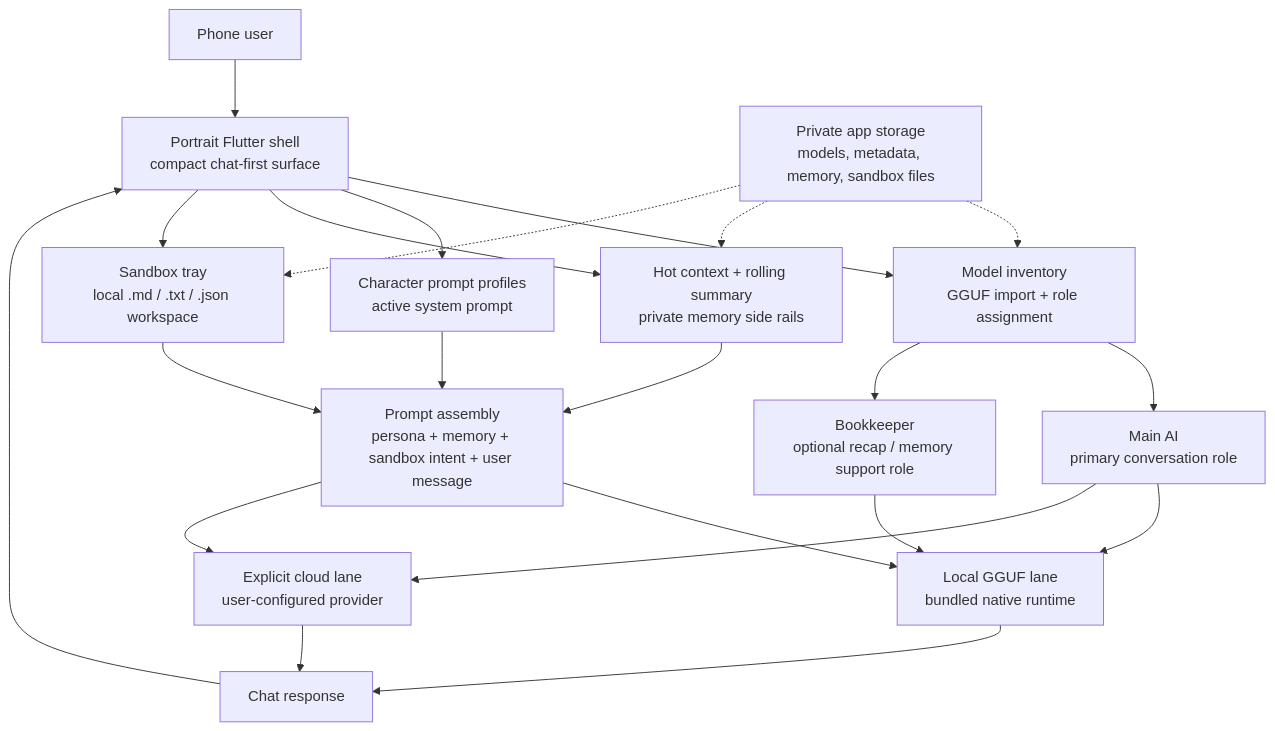
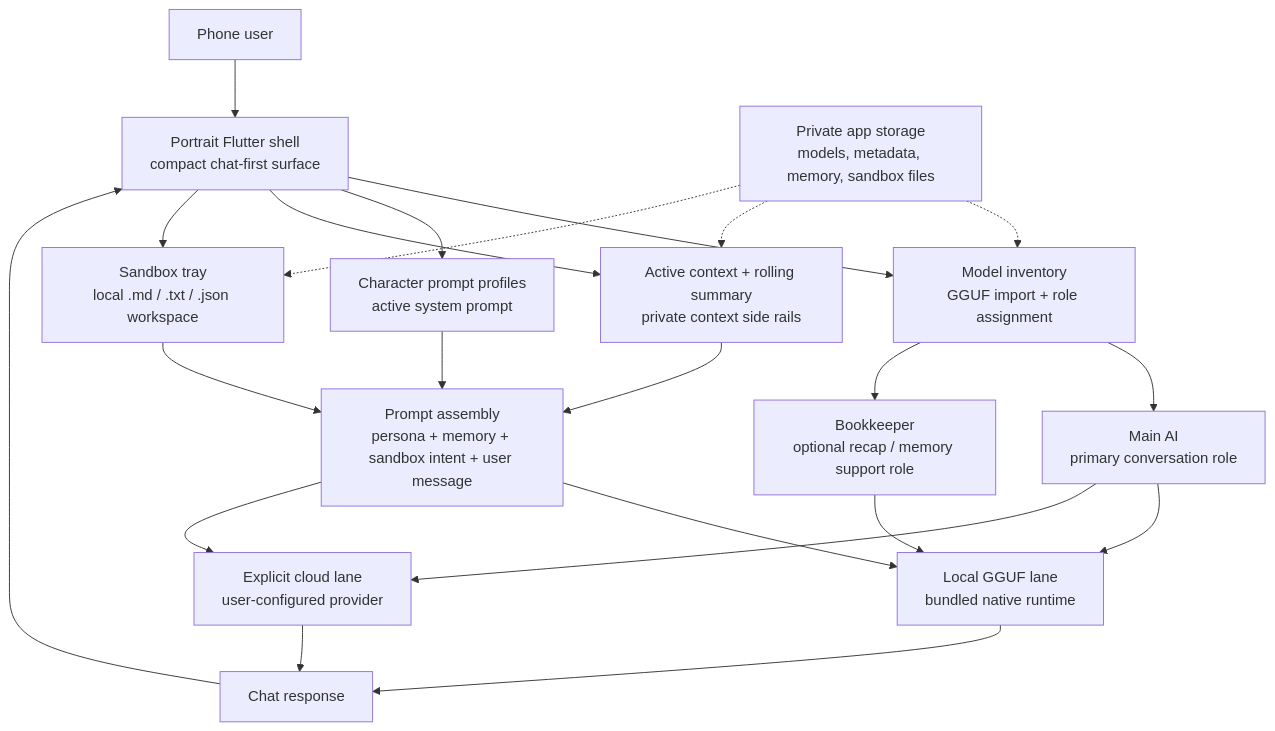
The diagram in README.md (instance001/chatty-mini), drawn with Mermaid before and after one commit. The commit also changed other lines of this file and 4 other files, not shown here.

````diff
--- a/README.md
+++ b/README.md
@@ -53,30 +53,30 @@
 ```mermaid
 flowchart TB
     user["Phone user"] --> shell["Portrait Flutter shell<br/>compact chat-first surface"]
 
     shell --> inventory["Model inventory<br/>GGUF import + role assignment"]
     inventory --> main["Main AI<br/>primary conversation role"]
     inventory --> bookkeeper["Bookkeeper<br/>optional recap / memory support role"]
 
     main --> local["Local GGUF lane<br/>bundled native runtime"]
     bookkeeper --> local
     main --> cloud["Explicit cloud lane<br/>user-configured provider"]
 
     shell --> persona["Character prompt profiles<br/>active system prompt"]
-    shell --> memory["Hot context + rolling summary<br/>private memory side rails"]
+    shell --> memory["Active context + rolling summary<br/>private context side rails"]
     shell --> sandbox["Sandbox tray<br/>local .md / .txt / .json workspace"]
 
     persona --> prompt["Prompt assembly<br/>persona + memory + sandbox intent + user message"]
     memory --> prompt
     sandbox --> prompt
     prompt --> local
     prompt --> cloud
 
     local --> chat["Chat response"]
     cloud --> chat
     chat --> shell
 
     storage["Private app storage<br/>models, metadata, memory, sandbox files"] -.-> inventory
     storage -.-> memory
     storage -.-> sandbox
 ```
````
